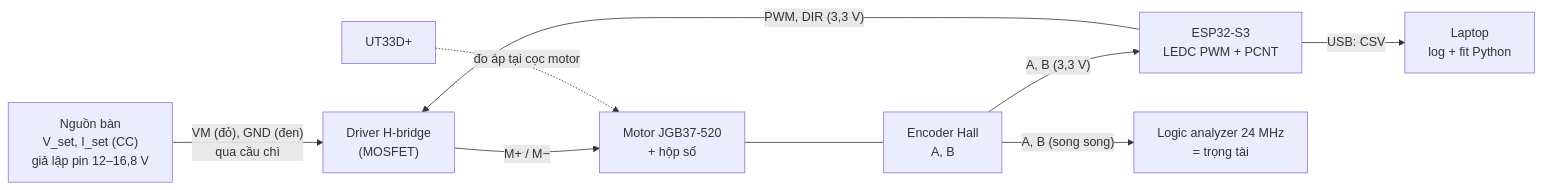
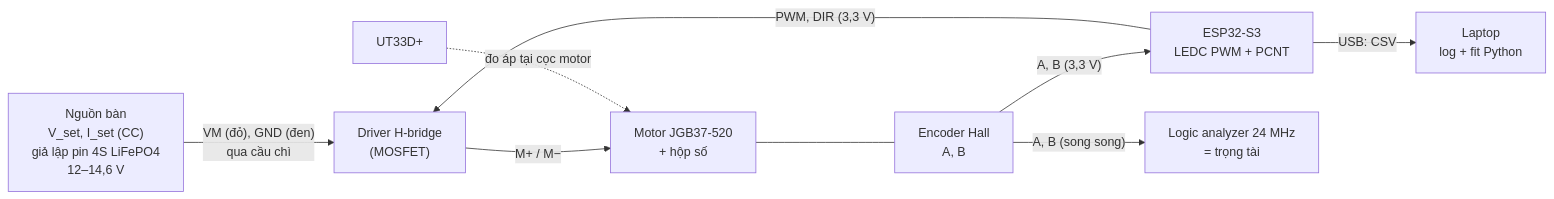
One commit to mrleloi/robotics-lab changed the first of 2 diagrams in giao-trinh/khoa-7/c03-bring-up-tren-ban.md. Above: the diagram before and after it, drawn with Mermaid. The commit also changed other lines of this file and 6 other files, not shown here.

````diff
--- a/giao-trinh/khoa-7/c03-bring-up-tren-ban.md
+++ b/giao-trinh/khoa-7/c03-bring-up-tren-ban.md
@@ -25,11 +25,11 @@
 ```mermaid
 flowchart LR
-    PSU["Nguồn bàn<br/>V_set, I_set (CC)<br/>giả lập pin 12–16,8 V"] -->|"VM (đỏ), GND (đen)<br/>qua cầu chì"| DRV["Driver H-bridge<br/>(MOSFET)"]
+    PSU["Nguồn bàn<br/>V_set, I_set (CC)<br/>giả lập pin 4S LiFePO4<br/>12–14,6 V"] -->|"VM (đỏ), GND (đen)<br/>qua cầu chì"| DRV["Driver H-bridge<br/>(MOSFET)"]
     DRV -->|"M+ / M−"| MOT["Motor JGB37-520<br/>+ hộp số"]
     MOT --- ENC["Encoder Hall<br/>A, B"]
     ENC -->|"A, B (3,3 V)"| ESP["ESP32-S3<br/>LEDC PWM + PCNT"]
     ESP -->|"PWM, DIR (3,3 V)"| DRV
     ENC -->|"A, B (song song)"| LA["Logic analyzer 24 MHz<br/>= trọng tài"]
     ESP -->|"USB: CSV"| PC["Laptop<br/>log + fit Python"]
     MM["UT33D+"] -.->|"đo áp tại cọc motor"| MOT
 ```
````
